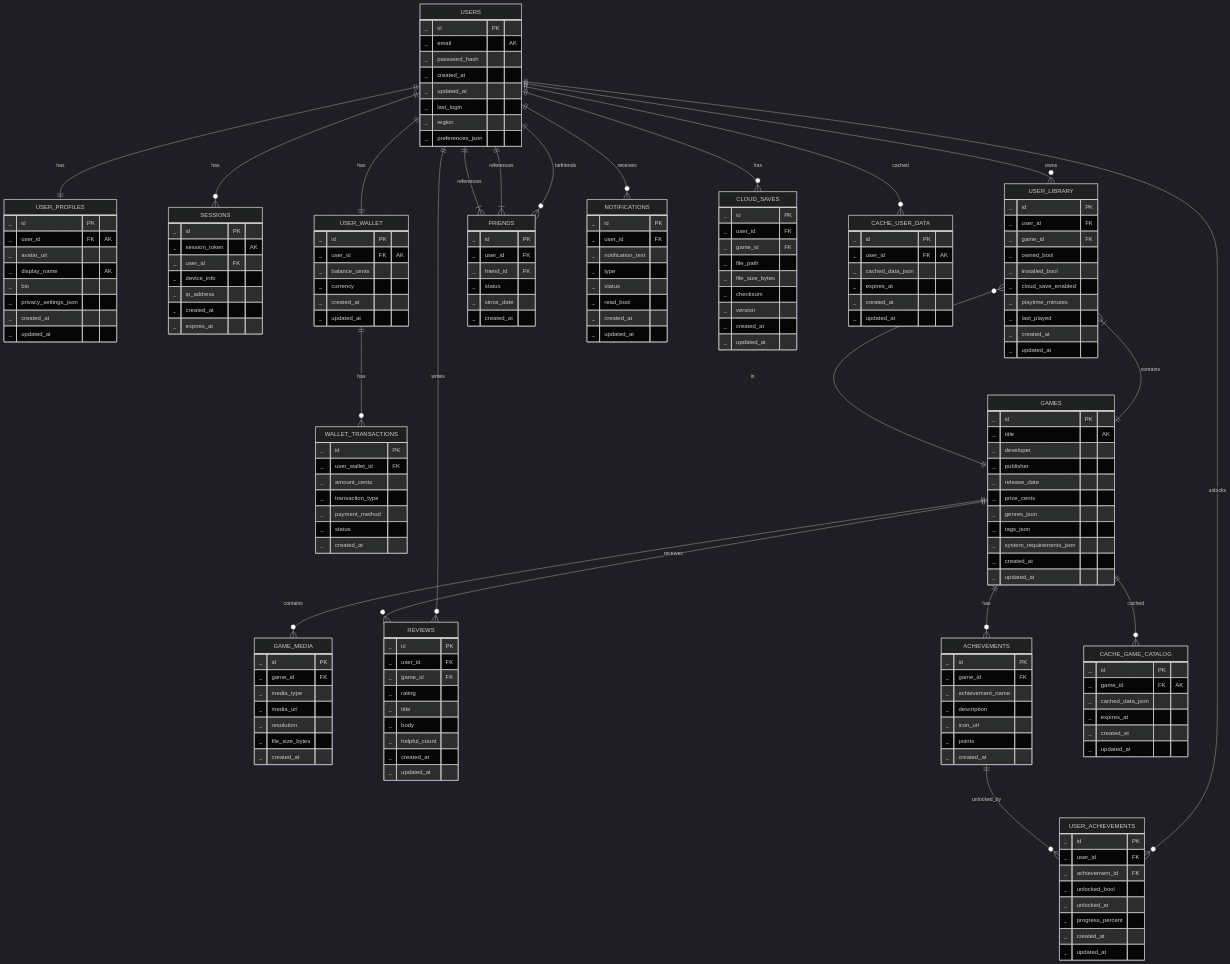
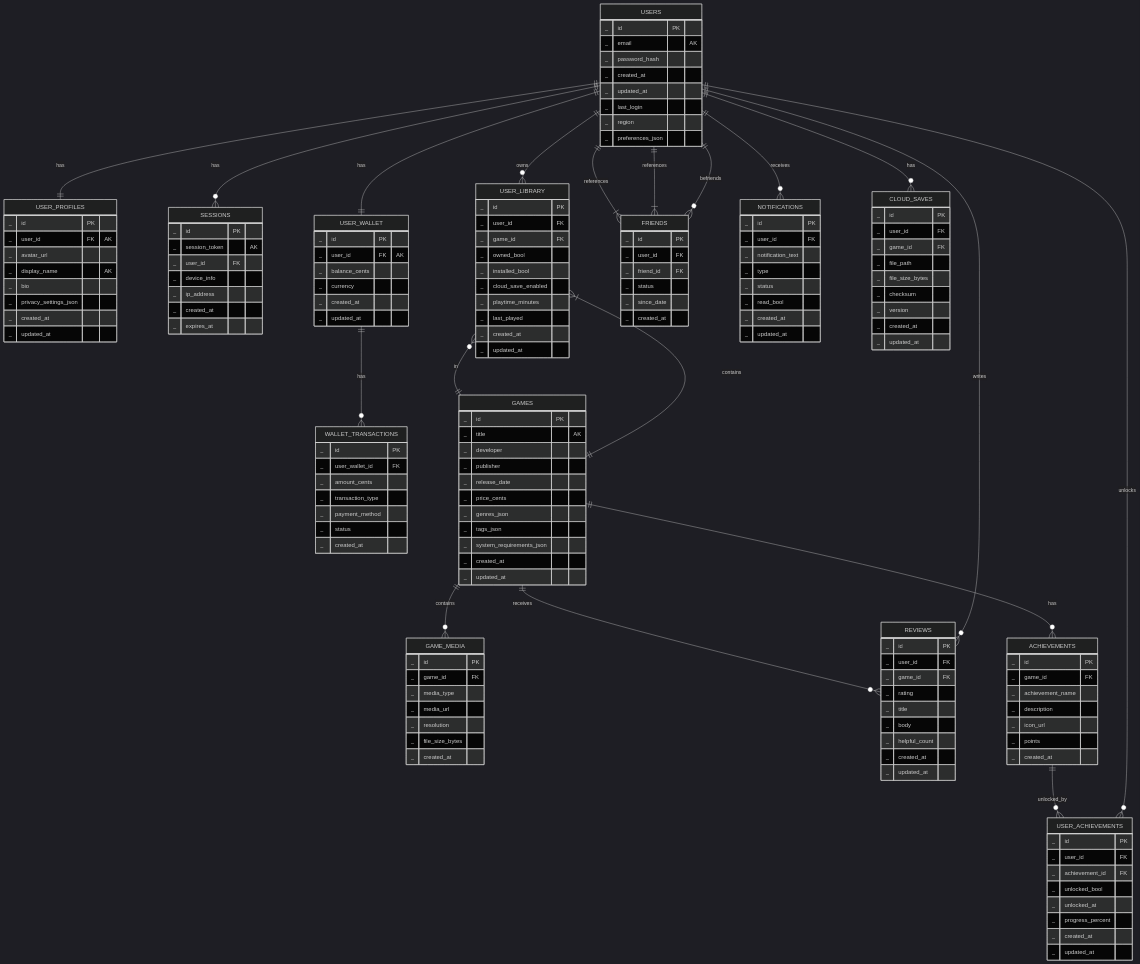
Before and after one commit to ShadowNair/highload: the fourth of 4 diagrams in README.md, drawn with Mermaid (dark theme). The commit also changed other lines of this file, not shown here.

```diff
--- a/README.md
+++ b/README.md
@@ -281,22 +281,6 @@
         _ created_at
         _ updated_at
     }
-    CACHE_USER_DATA {
-        _ id PK
-        _ user_id FK "AK"
-        _ cached_data_json
-        _ expires_at
-        _ created_at
-        _ updated_at
-    }
-    CACHE_GAME_CATALOG {
-        _ id PK
-        _ game_id FK "AK"
-        _ cached_data_json
-        _ expires_at
-        _ created_at
-        _ updated_at
-    }
 
     USERS ||--|| USER_PROFILES : has
     USERS ||--o{ SESSIONS : has
@@ -307,7 +291,6 @@
     USERS ||--o{ NOTIFICATIONS : receives
     USERS ||--o{ CLOUD_SAVES : has
     USERS ||--o{ USER_ACHIEVEMENTS : unlocks
-    USERS ||--o{ CACHE_USER_DATA : cached
     
     USER_WALLET ||--o{ WALLET_TRANSACTIONS : has
     
@@ -315,7 +298,6 @@
     GAMES ||--o{ USER_LIBRARY : in
     GAMES ||--o{ REVIEWS : receives
     GAMES ||--o{ ACHIEVEMENTS : has
-    GAMES ||--o{ CACHE_GAME_CATALOG : cached
     
     USER_LIBRARY }|--|| GAMES : contains
     
```
